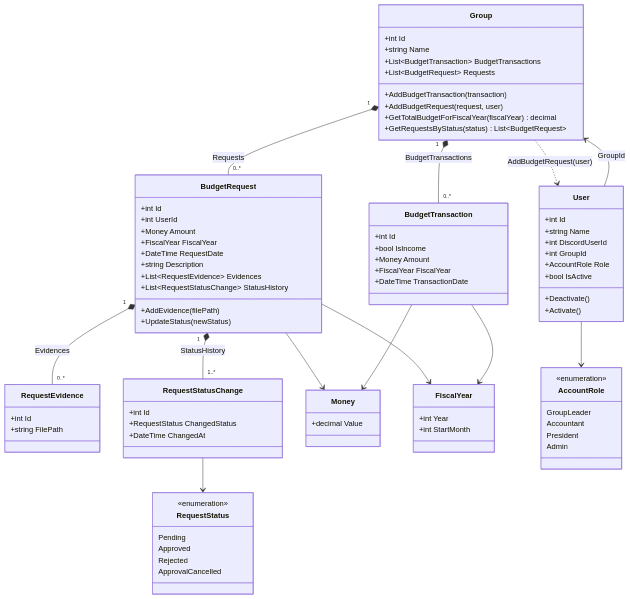
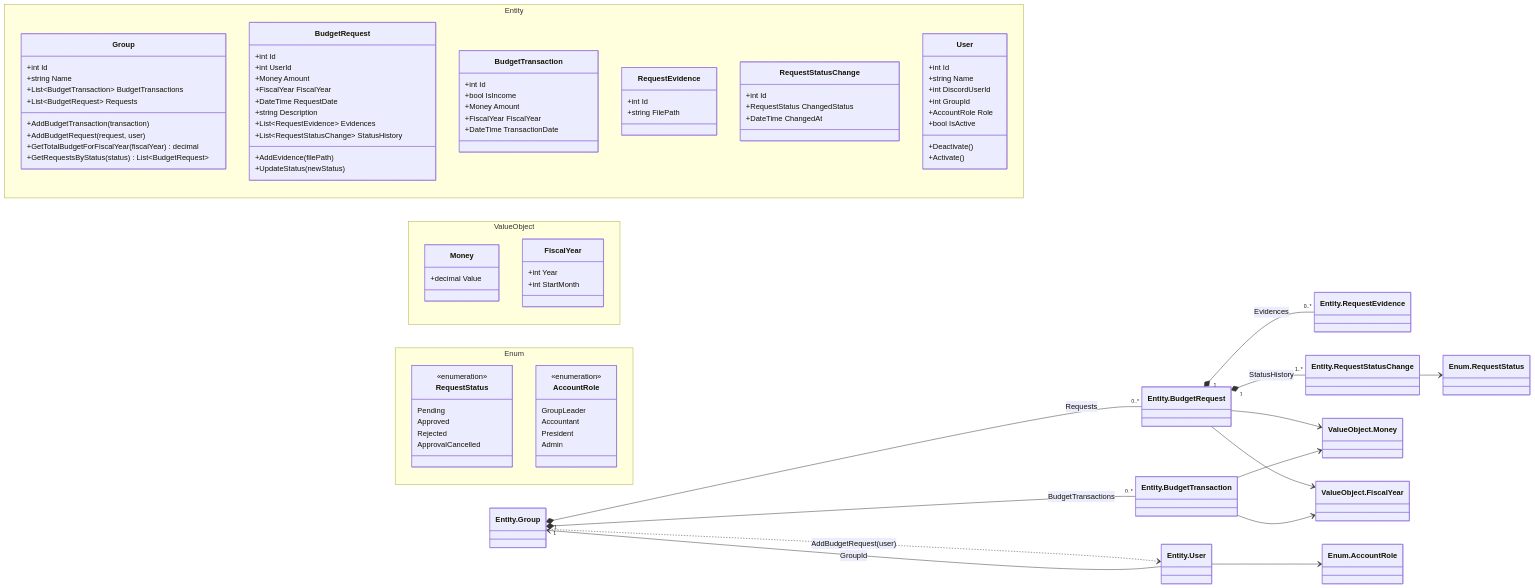
The second of 2 diagrams in README.md (CASru-IT/BudgetManagementBotSystem), drawn with Mermaid before and after one commit. The commit also changed other lines of this file, not shown here.

````diff
--- a/README.md
+++ b/README.md
@@ -242,95 +242,102 @@
 ```mermaid
 classDiagram
+direction LR
 
-class Group {
-  +int Id
-  +string Name
-  +List~BudgetTransaction~ BudgetTransactions
-  +List~BudgetRequest~ Requests
-  +AddBudgetTransaction(transaction)
-  +AddBudgetRequest(request, user)
-  +GetTotalBudgetForFiscalYear(fiscalYear) decimal
-  +GetRequestsByStatus(status) List~BudgetRequest~
+namespace Entity {
+  class Group {
+    +int Id
+    +string Name
+    +List~BudgetTransaction~ BudgetTransactions
+    +List~BudgetRequest~ Requests
+    +AddBudgetTransaction(transaction)
+    +AddBudgetRequest(request, user)
+    +GetTotalBudgetForFiscalYear(fiscalYear) decimal
+    +GetRequestsByStatus(status) List~BudgetRequest~
+  }
+
+  class BudgetRequest {
+    +int Id
+    +int UserId
+    +Money Amount
+    +FiscalYear FiscalYear
+    +DateTime RequestDate
+    +string Description
+    +List~RequestEvidence~ Evidences
+    +List~RequestStatusChange~ StatusHistory
+    +AddEvidence(filePath)
+    +UpdateStatus(newStatus)
+  }
+
+  class BudgetTransaction {
+    +int Id
+    +bool IsIncome
+    +Money Amount
+    +FiscalYear FiscalYear
+    +DateTime TransactionDate
+  }
+
+  class RequestEvidence {
+    +int Id
+    +string FilePath
+  }
+
+  class RequestStatusChange {
+    +int Id
+    +RequestStatus ChangedStatus
+    +DateTime ChangedAt
+  }
+
+  class User {
+    +int Id
+    +string Name
+    +int DiscordUserId
+    +int GroupId
+    +AccountRole Role
+    +bool IsActive
+    +Deactivate()
+    +Activate()
+  }
 }
 
-class BudgetRequest {
-  +int Id
-  +int UserId
-  +Money Amount
-  +FiscalYear FiscalYear
-  +DateTime RequestDate
-  +string Description
-  +List~RequestEvidence~ Evidences
-  +List~RequestStatusChange~ StatusHistory
-  +AddEvidence(filePath)
-  +UpdateStatus(newStatus)
+namespace ValueObject {
+  class Money {
+    +decimal Value
+  }
+
+  class FiscalYear {
+    +int Year
+    +int StartMonth
+  }
 }
 
-class BudgetTransaction {
-  +int Id
-  +bool IsIncome
-  +Money Amount
-  +FiscalYear FiscalYear
-  +DateTime TransactionDate
+namespace Enum {
+  class RequestStatus {
+    <<enumeration>>
+    Pending
+    Approved
+    Rejected
+    ApprovalCancelled
+  }
+
+  class AccountRole {
+    <<enumeration>>
+    GroupLeader
+    Accountant
+    President
+    Admin
+  }
 }
 
-class RequestEvidence {
-  +int Id
-  +string FilePath
-}
-
-class RequestStatusChange {
-  +int Id
-  +RequestStatus ChangedStatus
-  +DateTime ChangedAt
-}
-
-class User {
-  +int Id
-  +string Name
-  +int DiscordUserId
-  +int GroupId
-  +AccountRole Role
-  +bool IsActive
-  +Deactivate()
-  +Activate()
-}
-
-class Money {
-  +decimal Value
-}
-
-class FiscalYear {
-  +int Year
-  +int StartMonth
-}
-
-class RequestStatus {
-  <<enumeration>>
-  Pending
-  Approved
-  Rejected
-  ApprovalCancelled
-}
-
-class AccountRole {
-  <<enumeration>>
-  GroupLeader
-  Accountant
-  President
-  Admin
-}
-
-Group "1" *-- "0..*" BudgetTransaction : BudgetTransactions
-Group "1" *-- "0..*" BudgetRequest : Requests
-BudgetRequest "1" *-- "0..*" RequestEvidence : Evidences
-BudgetRequest "1" *-- "1..*" RequestStatusChange : StatusHistory
-BudgetRequest --> Money
-BudgetRequest --> FiscalYear
-BudgetTransaction --> Money
-BudgetTransaction --> FiscalYear
-RequestStatusChange --> RequestStatus
-User --> AccountRole
-User --> Group : GroupId
-Group ..> User : AddBudgetRequest(user)
+Entity.Group "1" *-- "0..*" Entity.BudgetTransaction : BudgetTransactions
+Entity.Group "1" *-- "0..*" Entity.BudgetRequest : Requests
+Entity.BudgetRequest "1" *-- "0..*" Entity.RequestEvidence : Evidences
+Entity.BudgetRequest "1" *-- "1..*" Entity.RequestStatusChange : StatusHistory
+Entity.BudgetRequest --> ValueObject.Money
+Entity.BudgetRequest --> ValueObject.FiscalYear
+Entity.BudgetTransaction --> ValueObject.Money
+Entity.BudgetTransaction --> ValueObject.FiscalYear
+Entity.RequestStatusChange --> Enum.RequestStatus
+Entity.User --> Enum.AccountRole
+Entity.User --> Entity.Group : GroupId
+Entity.Group ..> Entity.User : AddBudgetRequest(user)
 ```
````
